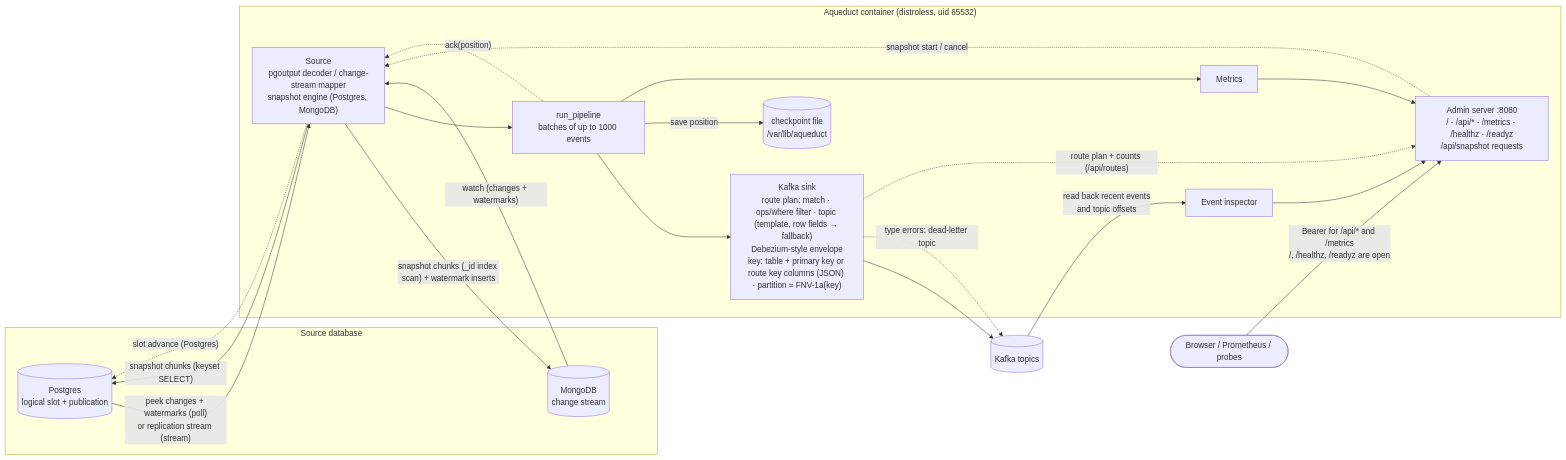
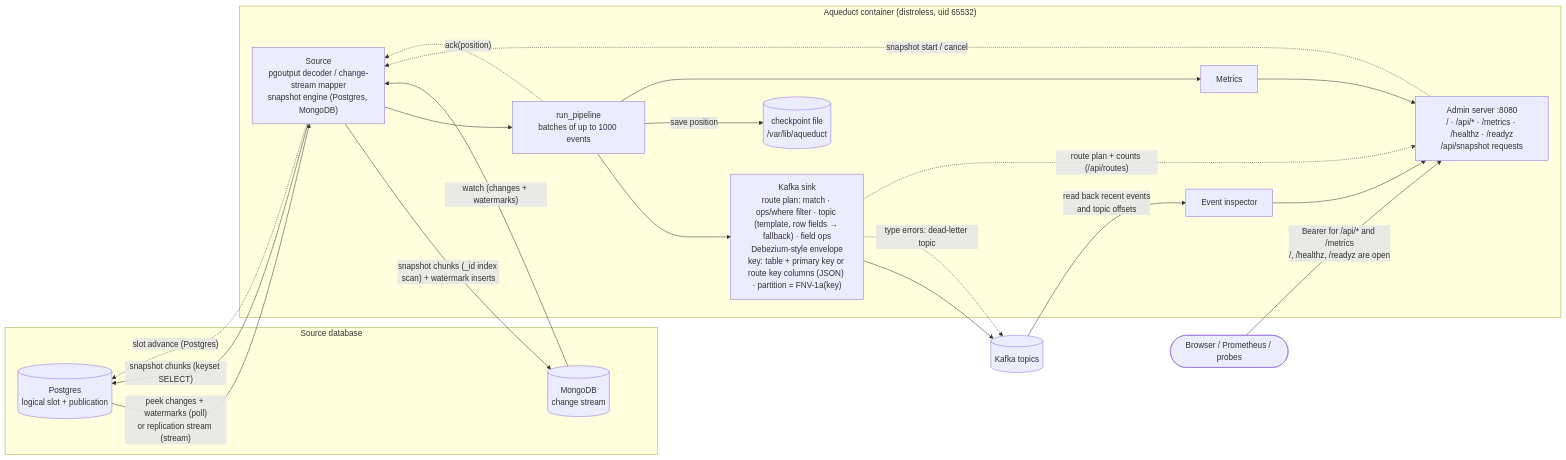
One commit to yarncraft/aqueduct changed the first of 3 diagrams in README.md. Above: the diagram before and after it, drawn with Mermaid. The commit also changed other lines of this file and 13 other files, not shown here.

````diff
--- a/README.md
+++ b/README.md
@@ -18,35 +18,35 @@
 ```mermaid
 flowchart LR
     subgraph db["Source database"]
         PG[("Postgres<br/>logical slot + publication")]
         MG[("MongoDB<br/>change stream")]
     end
 
     subgraph aq["Aqueduct container (distroless, uid 65532)"]
         SRC["Source<br/>pgoutput decoder / change-stream mapper<br/>snapshot engine (Postgres, MongoDB)"]
         PIPE["run_pipeline<br/>batches of up to 1000 events"]
-        SINK["Kafka sink<br/>route plan: match · ops/where filter · topic (template, row fields → fallback)<br/>Debezium-style envelope<br/>key: table + primary key or route key columns (JSON) · partition = FNV-1a(key)"]
+        SINK["Kafka sink<br/>route plan: match · ops/where filter · topic (template, row fields → fallback) · field ops<br/>Debezium-style envelope<br/>key: table + primary key or route key columns (JSON) · partition = FNV-1a(key)"]
         CK[("checkpoint file<br/>/var/lib/aqueduct")]
         MET["Metrics"]
         ADM["Admin server :8080<br/>/ · /api/* · /metrics · /healthz · /readyz<br/>/api/snapshot requests"]
         INS["Event inspector"]
     end
 
     K[("Kafka topics")]
     U(["Browser / Prometheus / probes"])
 
     PG -- "peek changes + watermarks (poll)<br/>or replication stream (stream)" --> SRC
     SRC -- "snapshot chunks (keyset SELECT)" --> PG
     MG -- "watch (changes + watermarks)" --> SRC
     SRC -- "snapshot chunks (_id index scan) + watermark inserts" --> MG
     SRC --> PIPE --> SINK --> K
     SINK -. "type errors: dead-letter topic" .-> K
     SINK -. "route plan + counts (/api/routes)" .-> ADM
     PIPE -- "save position" --> CK
     PIPE -. "ack(position)" .-> SRC
     SRC -. "slot advance (Postgres)" .-> PG
     PIPE --> MET --> ADM
     ADM -. "snapshot start / cancel" .-> SRC
     K -- "read back recent events<br/>and topic offsets" --> INS --> ADM
     U -- "Bearer for /api/* and /metrics<br/>/, /healthz, /readyz are open" --> ADM
 ```
````
